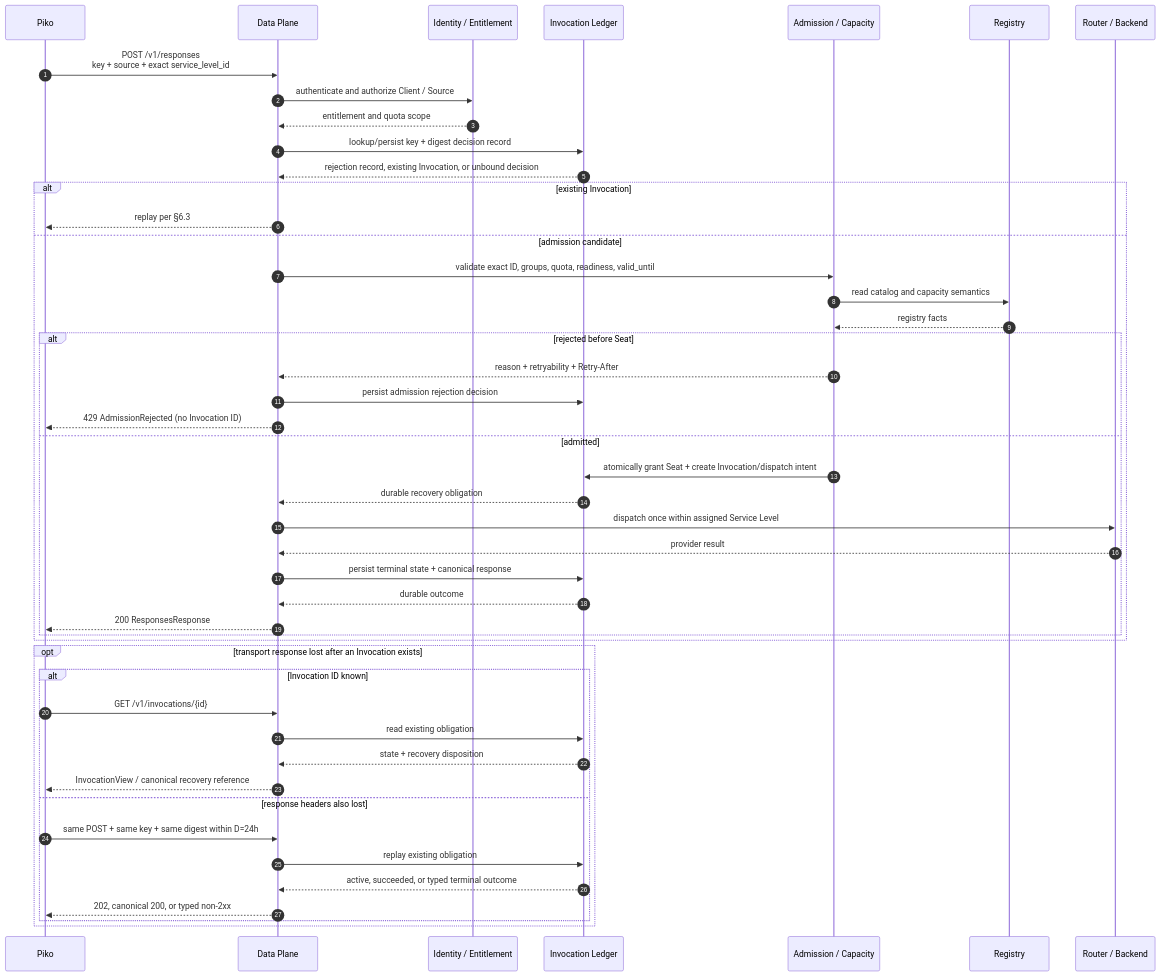
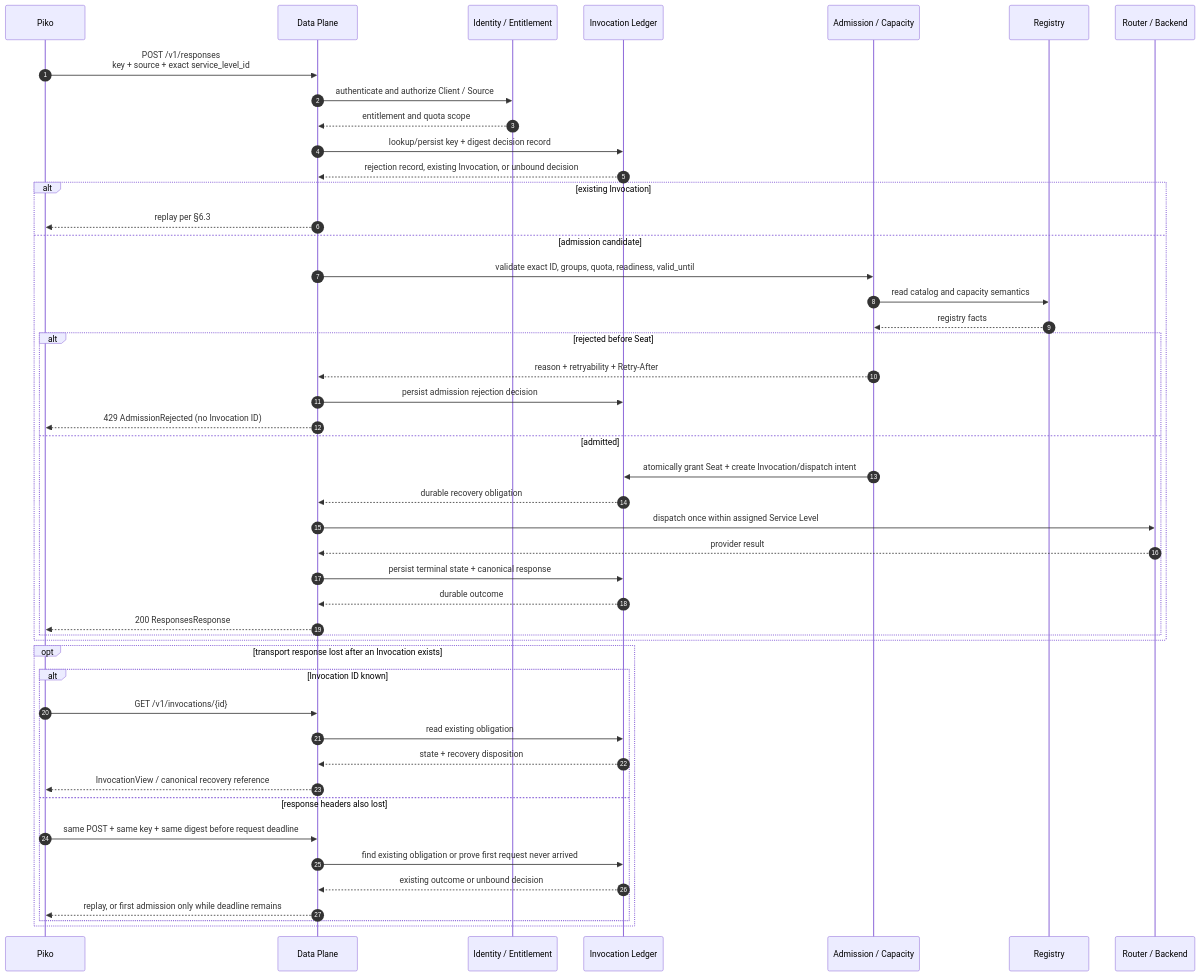
One commit to corezilla/LLMTier changed the fourth of 5 diagrams in docs/20_system_design/llmtier-system-design.md. Above: the diagram before and after it, drawn with Mermaid. The commit also changed other lines of this file and 22 other files, not shown here.

````diff
--- a/docs/20_system_design/llmtier-system-design.md
+++ b/docs/20_system_design/llmtier-system-design.md
@@ -417,51 +423,51 @@
 ```mermaid
 sequenceDiagram
     autonumber
     participant P as Piko
     participant D as Data Plane
     participant I as Identity / Entitlement
     participant L as Invocation Ledger
     participant A as Admission / Capacity
     participant R as Registry
     participant B as Router / Backend
 
     P->>D: POST /v1/responses<br/>key + source + exact service_level_id
     D->>I: authenticate and authorize Client / Source
     I-->>D: entitlement and quota scope
     D->>L: lookup/persist key + digest decision record
     L-->>D: rejection record, existing Invocation, or unbound decision
     alt existing Invocation
         D-->>P: replay per §6.3
     else admission candidate
         D->>A: validate exact ID, groups, quota, readiness, valid_until
         A->>R: read catalog and capacity semantics
         R-->>A: registry facts
         alt rejected before Seat
             A-->>D: reason + retryability + Retry-After
             D->>L: persist admission rejection decision
             D-->>P: 429 AdmissionRejected (no Invocation ID)
         else admitted
             A->>L: atomically grant Seat + create Invocation/dispatch intent
             L-->>D: durable recovery obligation
             D->>B: dispatch once within assigned Service Level
             B-->>D: provider result
             D->>L: persist terminal state + canonical response
             L-->>D: durable outcome
             D-->>P: 200 ResponsesResponse
         end
     end
 
     opt transport response lost after an Invocation exists
       alt Invocation ID known
         P->>D: GET /v1/invocations/{id}
         D->>L: read existing obligation
         L-->>D: state + recovery disposition
         D-->>P: InvocationView / canonical recovery reference
       else response headers also lost
-        P->>D: same POST + same key + same digest within D=24h
-        D->>L: replay existing obligation
-        L-->>D: active, succeeded, or typed terminal outcome
-        D-->>P: 202, canonical 200, or typed non-2xx
+        P->>D: same POST + same key + same digest before request deadline
+        D->>L: find existing obligation or prove first request never arrived
+        L-->>D: existing outcome or unbound decision
+        D-->>P: replay, or first admission only while deadline remains
       end
     end
 ```
````
